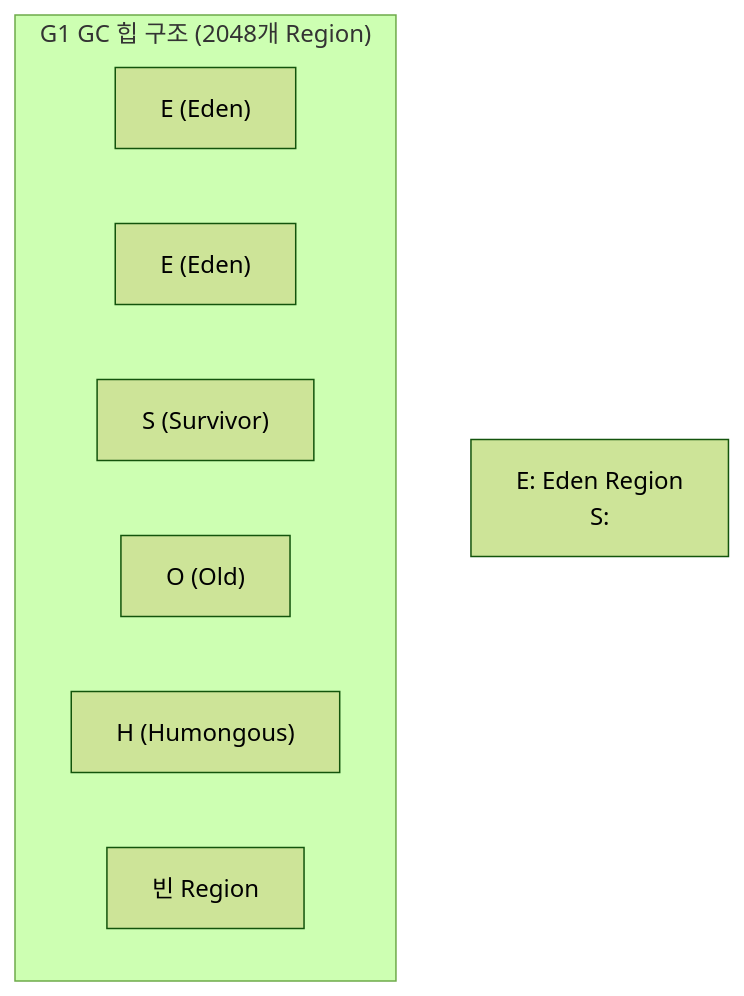
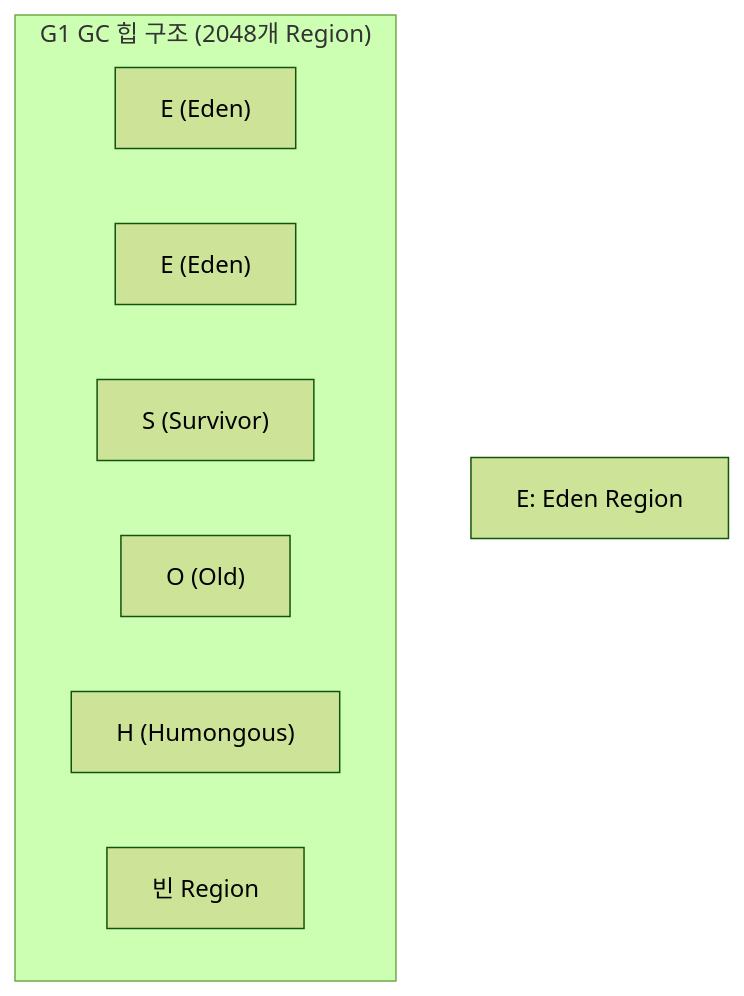
One commit to yjkim2015/yjkim2015.github.io changed diagram 14 of 29 in _posts/java/2026-05-01-java-garbage-collector.md. Above: the diagram before and after it, drawn with Mermaid (forest theme). The commit also changed other lines of this file and 217 other files, not shown here.

First line of the commit message:
Mermaid 크기 수정: useMaxWidth:true + SVG max-width:100% + 라벨 축소

````diff
--- a/_posts/java/2026-05-01-java-garbage-collector.md
+++ b/_posts/java/2026-05-01-java-garbage-collector.md
@@ -287,12 +287,12 @@
 ```mermaid
 graph TD
     subgraph "G1 GC 힙 구조 (2048개 Region)"
         R1["E (Eden)"]
         R2["E (Eden)"]
         R3["S (Survivor)"]
         R4["O (Old)"]
         R5["H (Humongous)"]
         R6["빈 Region"]
     end
-    LEGEND["E: Eden Region\nS:"]
+    LEGEND["E: Eden Region"]
 ```
````
